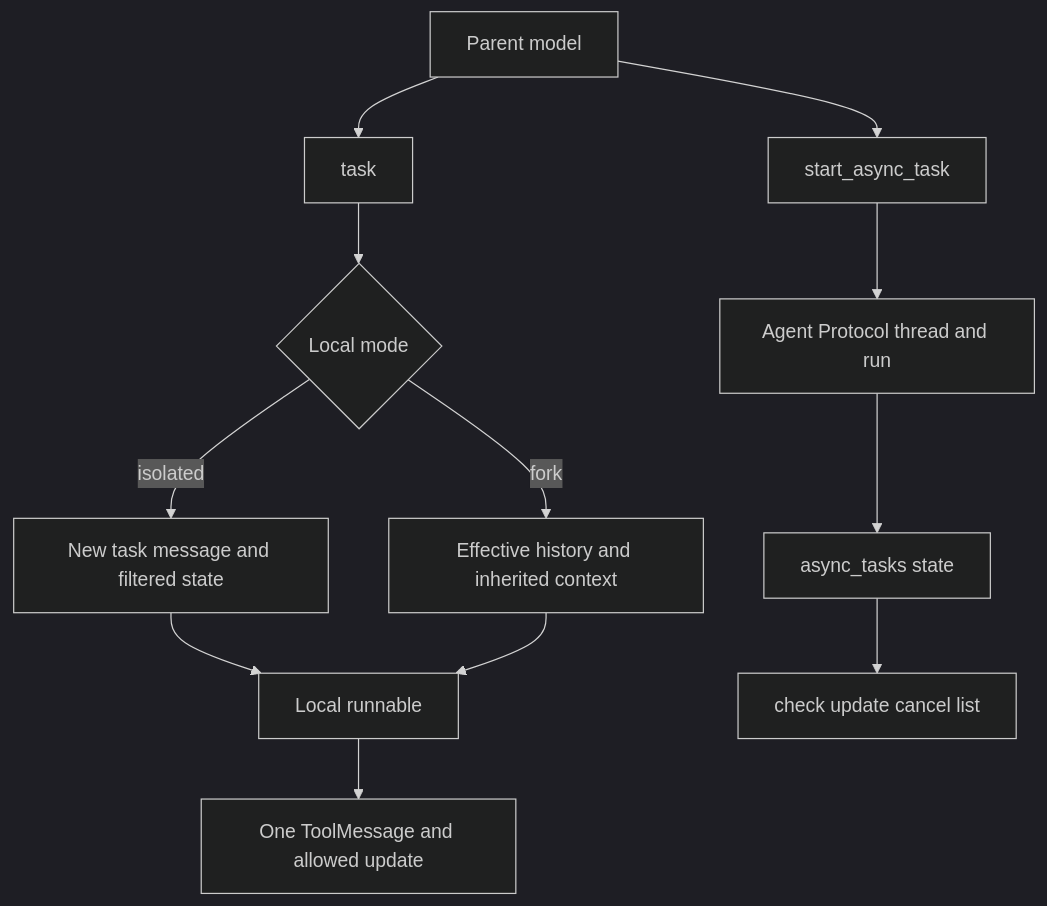
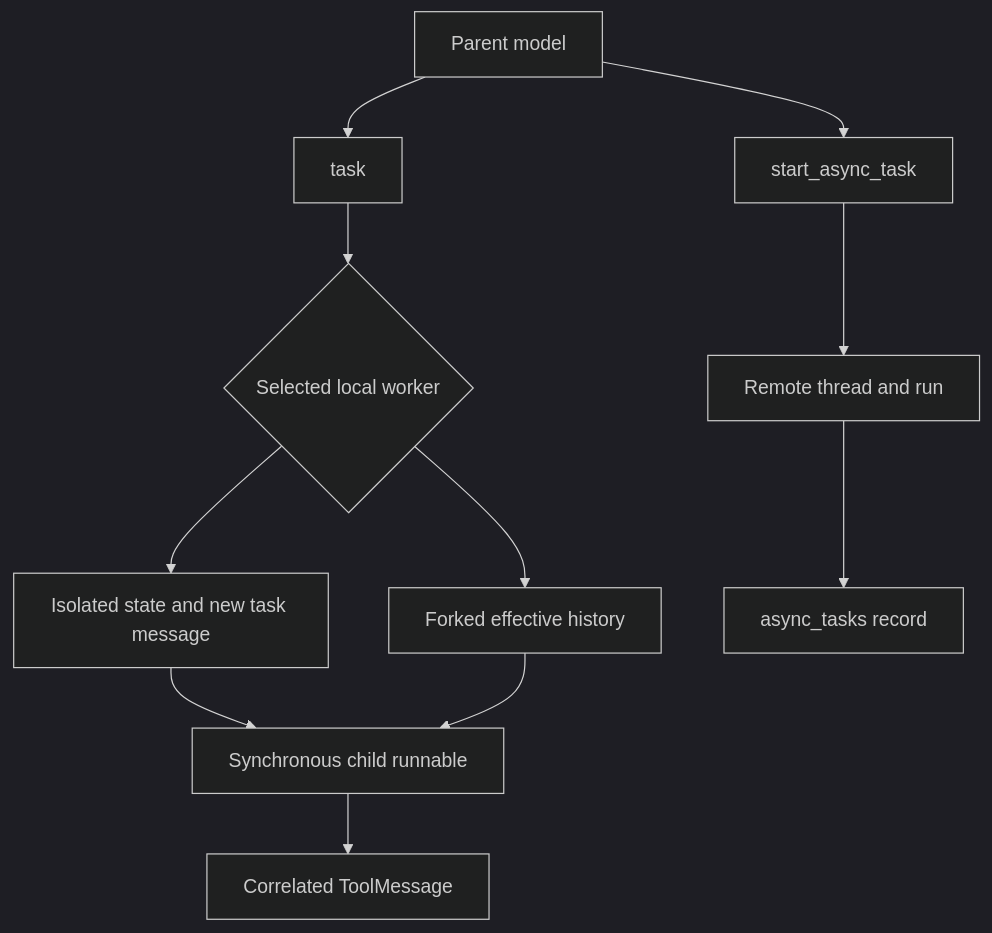
Before and after one commit to langchain-ai/deepagents: the first of 4 diagrams in openwiki/concepts/subagents-skills.md, drawn with Mermaid (dark theme). The commit also changed other lines of this file and 37 other files, not shown here.

````diff
--- a/openwiki/concepts/subagents-skills.md
+++ b/openwiki/concepts/subagents-skills.md
@@ -39,14 +37,13 @@
 ```mermaid
 flowchart TD
     Parent["Parent model"] --> Task["task"]
-    Task --> Choice{"Local mode"}
-    Choice -->|"isolated"| Isolated["New task message and filtered state"]
-    Choice -->|"fork"| Fork["Effective history and inherited context"]
-    Isolated --> Local["Local runnable"]
-    Fork --> Local
-    Local --> Result["One ToolMessage and allowed update"]
+    Task --> Select{"Selected local worker"}
+    Select --> Isolated["Isolated state and new task message"]
+    Select --> Fork["Forked effective history"]
+    Isolated --> Child["Synchronous child runnable"]
+    Fork --> Child
+    Child --> Reply["Correlated ToolMessage"]
     Parent --> Start["start_async_task"]
-    Start --> Remote["Agent Protocol thread and run"]
-    Remote --> Tasks["async_tasks state"]
-    Tasks --> Manage["check update cancel list"]
+    Start --> Remote["Remote thread and run"]
+    Remote --> Stored["async_tasks record"]
 ```
````
